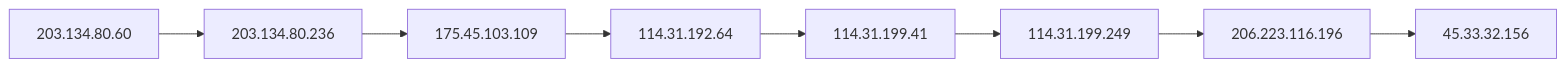
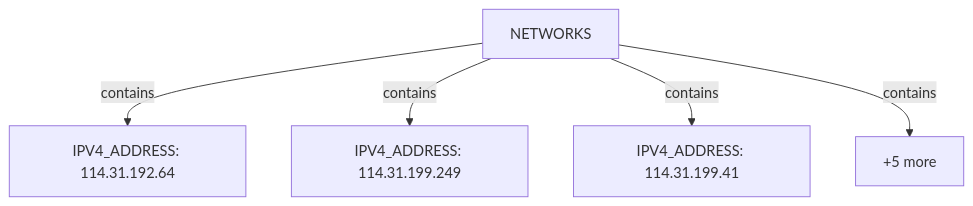
Before and after one commit to brettforbes/spiderfeet: the third of 10 diagrams in .docs/docs-for-cli-tools/nugget_structure/nmap_traceroute_permissive_xml_proposed_nuggets_edges_description.md, drawn with Mermaid. The commit also changed other lines of this file and 31 other files, not shown here.

````diff
--- a/.docs/docs-for-cli-tools/nugget_structure/nmap_traceroute_permissive_xml_proposed_nuggets_edges_description.md
+++ b/.docs/docs-for-cli-tools/nugget_structure/nmap_traceroute_permissive_xml_proposed_nuggets_edges_description.md
@@ -110,18 +55,12 @@
 ```mermaid
-flowchart LR
-  hop1["203.134.80.60"]
-  hop2["203.134.80.236"]
-  hop3["175.45.103.109"]
-  hop4["114.31.192.64"]
-  hop5["114.31.199.41"]
-  hop6["114.31.199.249"]
-  hop7["206.223.116.196"]
-  hop8["45.33.32.156"]
-  hop1 --> hop2
-  hop2 --> hop3
-  hop3 --> hop4
-  hop4 --> hop5
-  hop5 --> hop6
-  hop6 --> hop7
-  hop7 --> hop8
+flowchart TD
+  networks_1["NETWORKS"]
+  ipv4_address_2["IPV4_ADDRESS: 114.31.192.64"]
+  networks_1 -->|contains| ipv4_address_2
+  ipv4_address_3["IPV4_ADDRESS: 114.31.199.249"]
+  networks_1 -->|contains| ipv4_address_3
+  ipv4_address_4["IPV4_ADDRESS: 114.31.199.41"]
+  networks_1 -->|contains| ipv4_address_4
+  more_5["+5 more"]
+  networks_1 -->|contains| more_5
 ```
````
